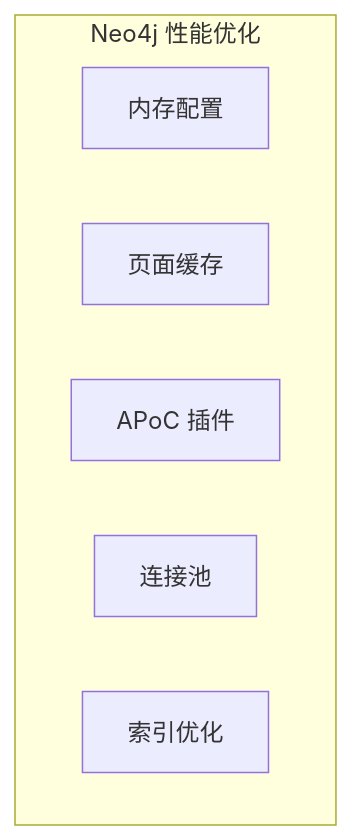
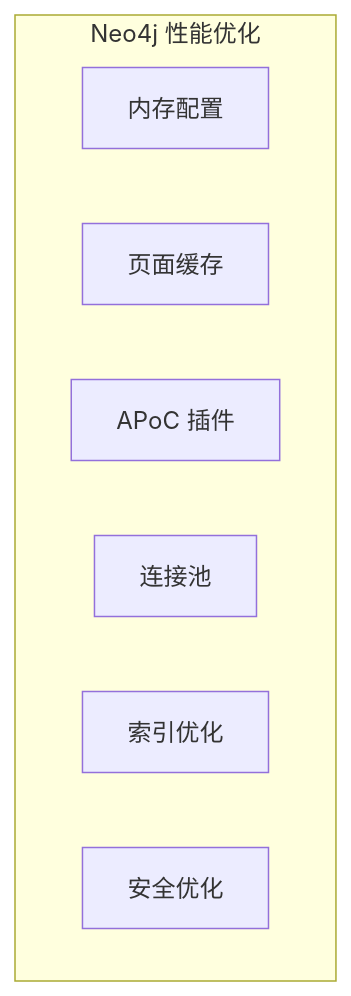
Diagram 20 of 21 in .qoder/repowiki/zh/content/Docker Deployment.md (xfbyxq/ai-novel-system), drawn with Mermaid before and after one commit. The commit also changed other lines of this file and 1 other file, not shown here.

````diff
--- a/.qoder/repowiki/zh/content/Docker Deployment.md
+++ b/.qoder/repowiki/zh/content/Docker Deployment.md
@@ -833,10 +856,11 @@
 ```mermaid
 graph TB
 subgraph "Neo4j 性能优化"
 MEMORY_CONFIG[内存配置]
 PAGE_CACHE[页面缓存]
 APoC_PLUGIN[APoC 插件]
 CONNECTION_POOL[连接池]
 INDEX_OPTIMIZATION[索引优化]
+SECURITY_OPTIMIZATION[安全优化]
 end
 ```
````
